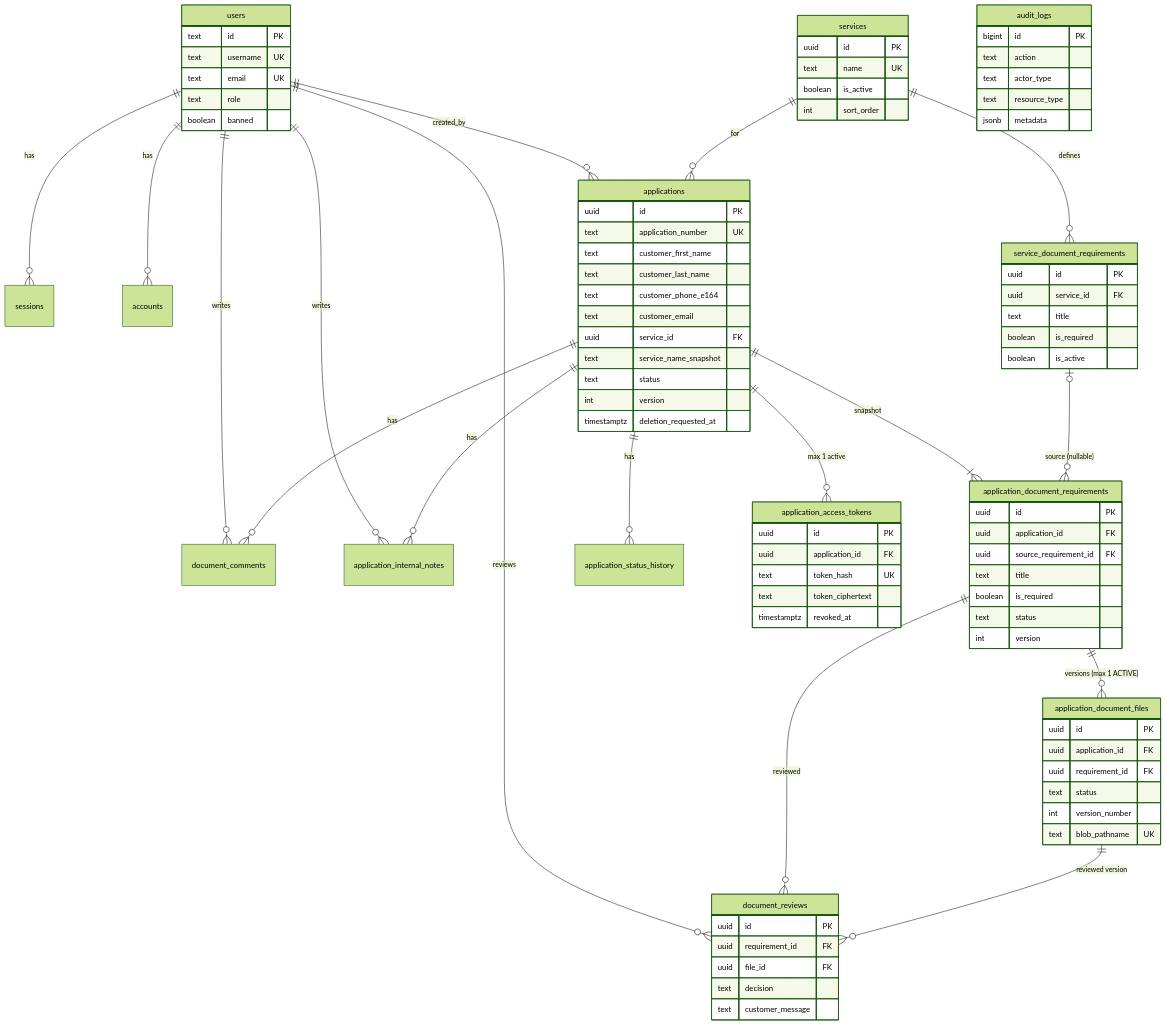
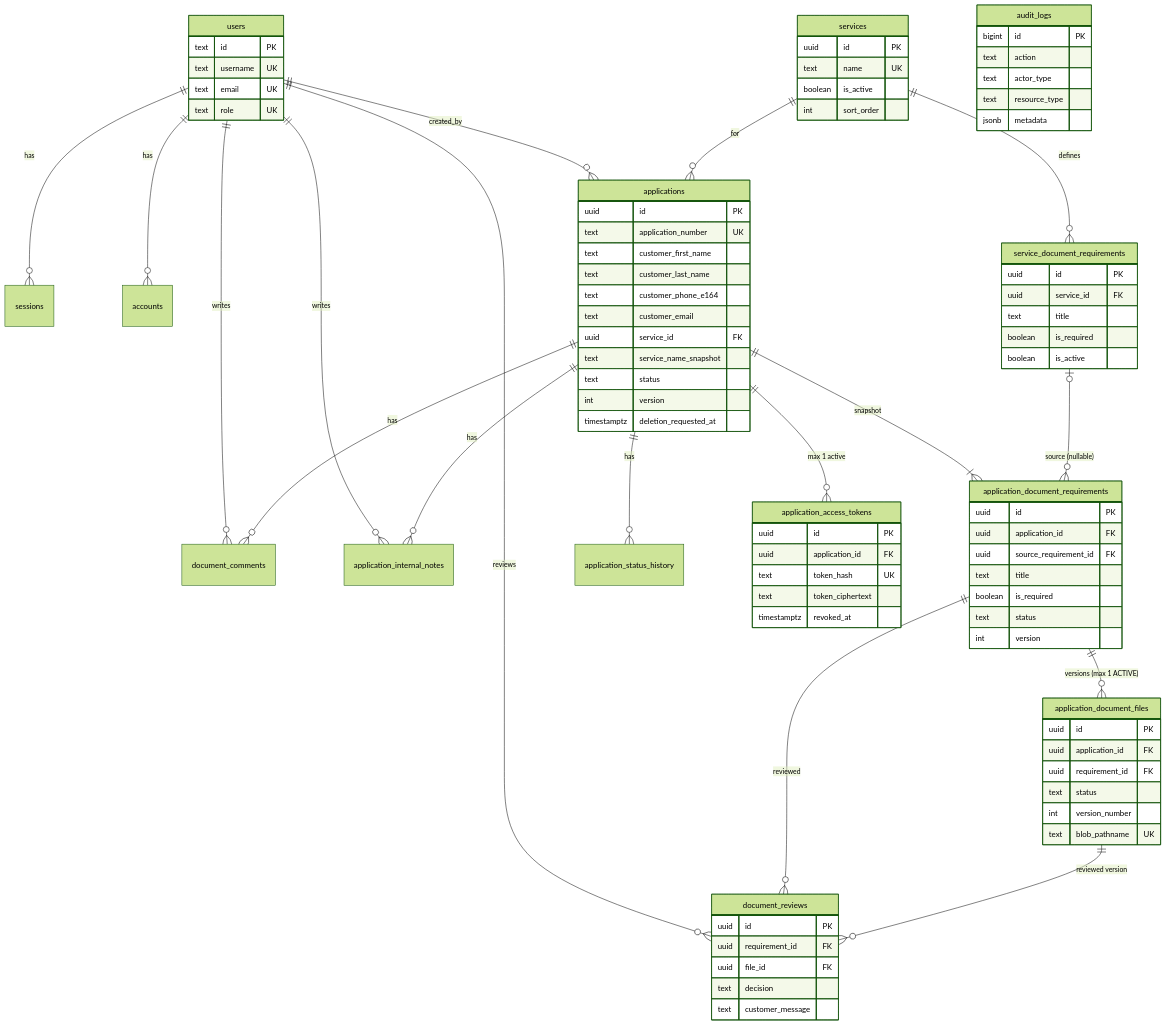
Before and after one commit to gokturkdogan/Cs-Global-Panel: the diagram in docs/DATABASE_SCHEMA.md, drawn with Mermaid (forest theme). The commit also changed other lines of this file and 107 other files, not shown here.

```diff
--- a/docs/DATABASE_SCHEMA.md
+++ b/docs/DATABASE_SCHEMA.md
@@ -49,8 +49,7 @@
         text id PK
         text username UK
         text email UK
-        text role
-        boolean banned
+        text role UK
     }
     services {
         uuid id PK
```
